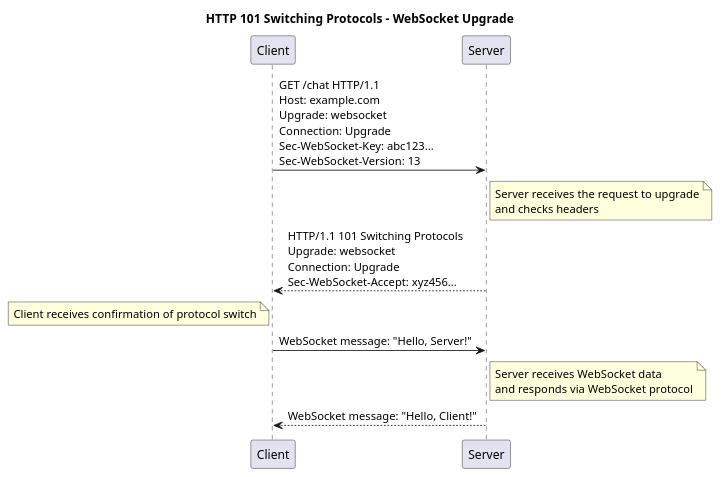
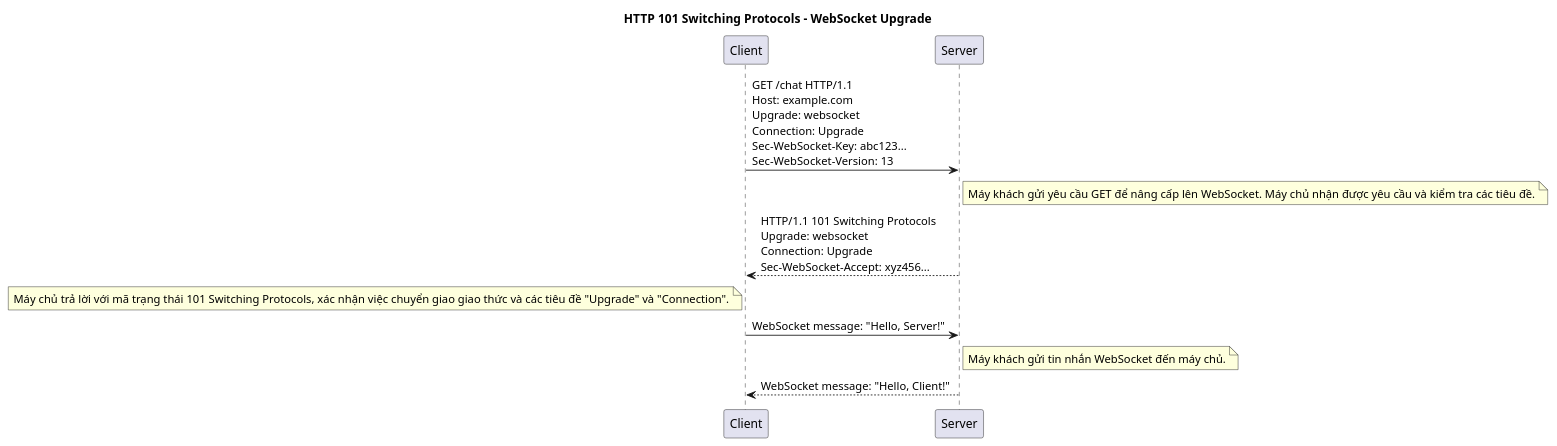
One commit to thanhlv-com/thanhlv-blog changed the second of 26 diagrams in packages/apps/src/blog/2024-12-05-y-nghia-cua-cac-http-status-code.md. Above: the diagram before and after it, drawn with PlantUML. The commit also changed other lines of this file and 3 other files, not shown here.

````diff
--- a/packages/apps/src/blog/2024-12-05-y-nghia-cua-cac-http-status-code.md
+++ b/packages/apps/src/blog/2024-12-05-y-nghia-cua-cac-http-status-code.md
@@ -150,19 +151,20 @@
 ```plantuml
 @startuml
 title HTTP 101 Switching Protocols - WebSocket Upgrade
 
 participant "Client" as C
 participant "Server" as S
 
 C -> S: GET /chat HTTP/1.1\nHost: example.com\nUpgrade: websocket\nConnection: Upgrade\nSec-WebSocket-Key: abc123...\nSec-WebSocket-Version: 13
-note right of S: Server receives the request to upgrade\nand checks headers
+note right of S: Máy khách gửi yêu cầu GET để nâng cấp lên WebSocket. Máy chủ nhận được yêu cầu và kiểm tra các tiêu đề.
 
 S --> C: HTTP/1.1 101 Switching Protocols\nUpgrade: websocket\nConnection: Upgrade\nSec-WebSocket-Accept: xyz456...
-note left of C: Client receives confirmation of protocol switch
+note left of C: Máy chủ trả lời với mã trạng thái 101 Switching Protocols, xác nhận việc chuyển giao giao thức và các tiêu đề "Upgrade" và "Connection".
 
 C -> S: WebSocket message: "Hello, Server!"
-note right of S: Server receives WebSocket data\nand responds via WebSocket protocol
+note right of S: Máy khách gửi tin nhắn WebSocket đến máy chủ.
 
 S --> C: WebSocket message: "Hello, Client!"
 @enduml
+
 ```
````
